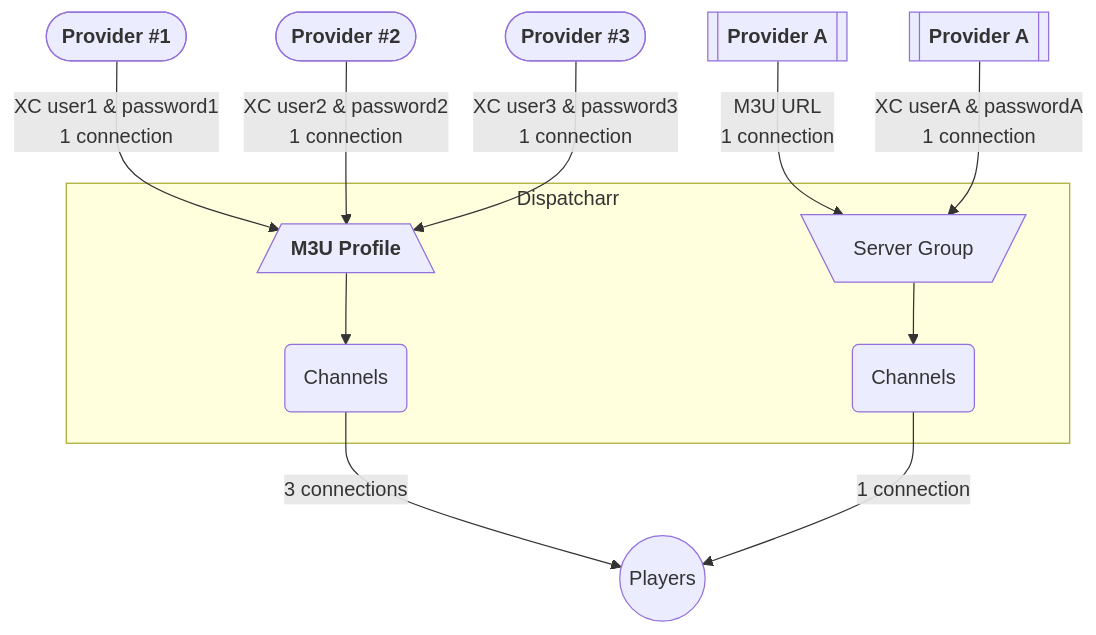
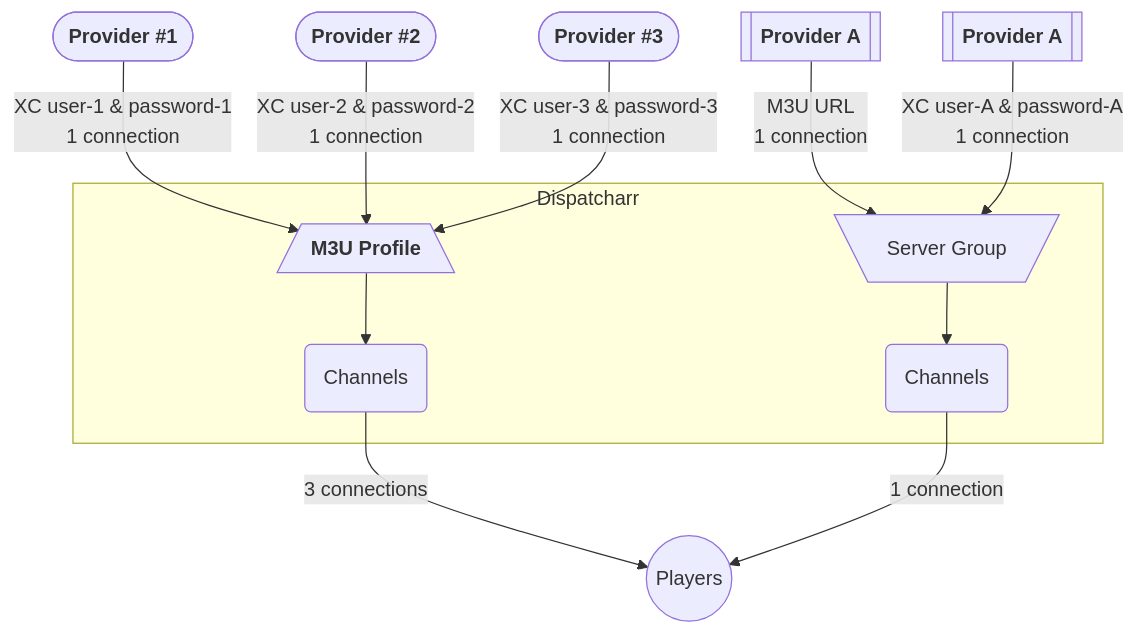
The diagram in docs/en/m3u-epg-manager.md (Dispatcharr/Dispatcharr-Docs), drawn with Mermaid before and after one commit. The commit also changed other lines of this file and 1 other file, not shown here.

Commit message:
Formatting fixes for mermaid flowcharts

````diff
--- a/docs/en/m3u-epg-manager.md
+++ b/docs/en/m3u-epg-manager.md
@@ -17,23 +17,23 @@
     ```mermaid
     flowchart TD
-    PR1(["`**Provider #1**`"]) -->|XC user1 & password1
+    PR1(["`**Provider #1**`"]) -->|XC user-1 & password-1
                                  1 connection| MP[/"`**M3U Profile**`"\]
-    PR2(["`**Provider #2**`"]) -->|XC user2 & password2
+    PR2(["`**Provider #2**`"]) -->|XC user-2 & password-2
                                  1 connection| MP
-    PR3(["`**Provider #3**`"]) -->|XC user3 & password3
+    PR3(["`**Provider #3**`"]) -->|XC user-3 & password-3
                                  1 connection| MP
     PRA[["`**Provider A**`"]] -->|M3U URL
                                 1 connection| SG[\Server Group/]
-    PRA2[["`**Provider A**`"]] -->|XC userA & passwordA
+    PRA2[["`**Provider A**`"]] -->|XC user-A & password-A
                                  1 connection| SG
     subgraph D["Dispatcharr"]
       MP
       CH
       SG
       CH2
     end
     MP --> CH(Channels)
     CH -->|3 connections| PL((Players))
     SG --> CH2(Channels)
     CH2 -->|1 connection| PL
     ```
````
